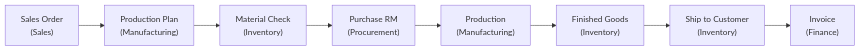
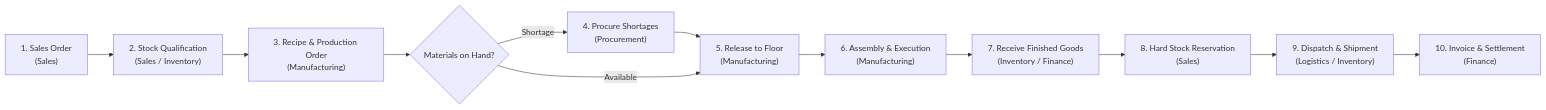
One commit to tenarm/docs changed the first of 4 diagrams in user-guides/storylines/make-to-order.md. Above: the diagram before and after it, drawn with Mermaid. The commit also changed other lines of this file and 42 other files, not shown here.

````diff
--- a/user-guides/storylines/make-to-order.md
+++ b/user-guides/storylines/make-to-order.md
@@ -14,10 +26,14 @@
 ```mermaid
 flowchart LR
-    A["Sales Order\n(Sales)"] --> B["Production Plan\n(Manufacturing)"]
-    B --> C["Material Check\n(Inventory)"]
-    C --> D["Purchase RM\n(Procurement)"]
-    D --> E["Production\n(Manufacturing)"]
-    E --> F["Finished Goods\n(Inventory)"]
-    F --> G["Ship to Customer\n(Inventory)"]
-    G --> H["Invoice\n(Finance)"]
+    A["1. Sales Order\n(Sales)"] --> B["2. Stock Qualification\n(Sales / Inventory)"]
+    B --> C["3. Recipe & Production Order\n(Manufacturing)"]
+    C --> D{"Materials on Hand?"}
+    D -- "Shortage" --> E["4. Procure Shortages\n(Procurement)"]
+    E --> F["5. Release to Floor\n(Manufacturing)"]
+    D -- "Available" --> F
+    F --> G["6. Assembly & Execution\n(Manufacturing)"]
+    G --> H["7. Receive Finished Goods\n(Inventory / Finance)"]
+    H --> I["8. Hard Stock Reservation\n(Sales)"]
+    I --> J["9. Dispatch & Shipment\n(Logistics / Inventory)"]
+    J --> K["10. Invoice & Settlement\n(Finance)"]
 ```
````
